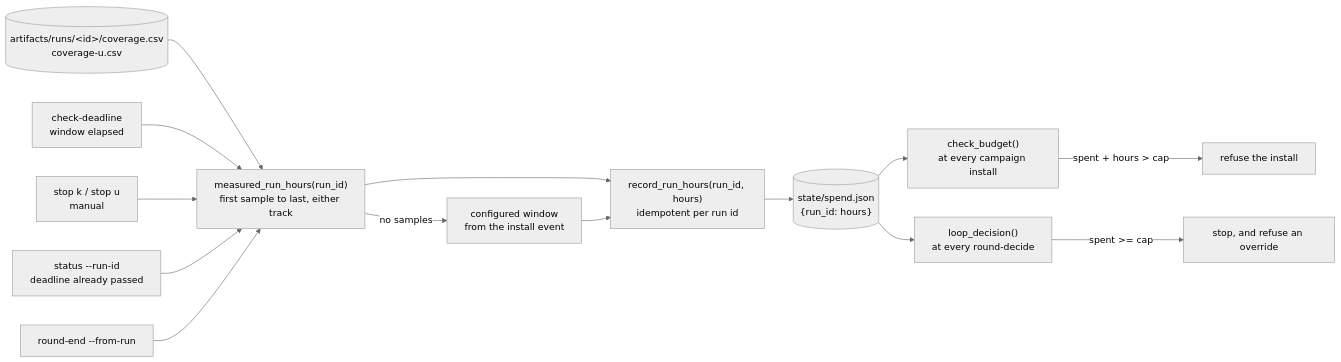
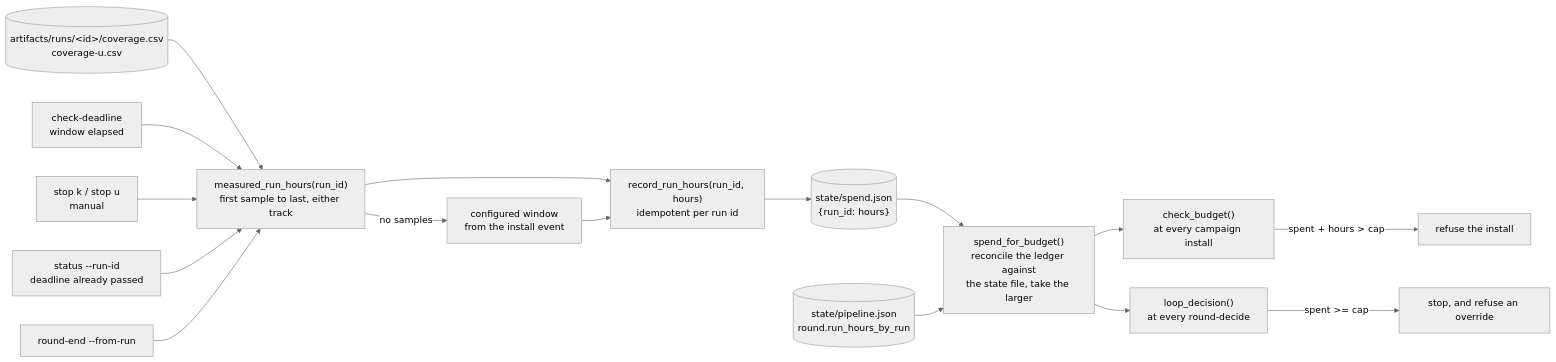
One commit to Indspl0it/gspwn changed the diagram in docs/src/content/docs/architecture/spend-accounting.md. Above: the diagram before and after it, drawn with Mermaid (neutral theme). The commit also changed other lines of this file and 129 other files, not shown here.

````diff
--- a/docs/src/content/docs/architecture/spend-accounting.md
+++ b/docs/src/content/docs/architecture/spend-accounting.md
@@ -40,18 +40,20 @@
 ```mermaid
 flowchart LR
   CS[("artifacts/runs/&lt;id&gt;/coverage.csv<br/>coverage-u.csv")] --> MH["measured_run_hours(run_id)<br/>first sample to last, either track"]
   MH -->|"no samples"| CW["configured window<br/>from the install event"]
   MH --> RC
   CW --> RC["record_run_hours(run_id, hours)<br/>idempotent per run id"]
   RC --> LG[("state/spend.json<br/>{run_id: hours}")]
 
   DL["check-deadline<br/>window elapsed"] --> MH
   ST["stop k / stop u<br/>manual"] --> MH
   SS["status --run-id<br/>deadline already passed"] --> MH
   RE["round-end --from-run"] --> MH
 
-  LG --> CB["check_budget()<br/>at every campaign install"]
-  LG --> LD["loop_decision()<br/>at every round-decide"]
+  LG --> RX["spend_for_budget()<br/>reconcile the ledger against<br/>the state file, take the larger"]
+  PJ[("state/pipeline.json<br/>round.run_hours_by_run")] --> RX
+  RX --> CB["check_budget()<br/>at every campaign install"]
+  RX --> LD["loop_decision()<br/>at every round-decide"]
   CB -->|"spent + hours &gt; cap"| REF["refuse the install"]
   LD -->|"spent &gt;= cap"| STOP["stop, and refuse an override"]
 ```
````
